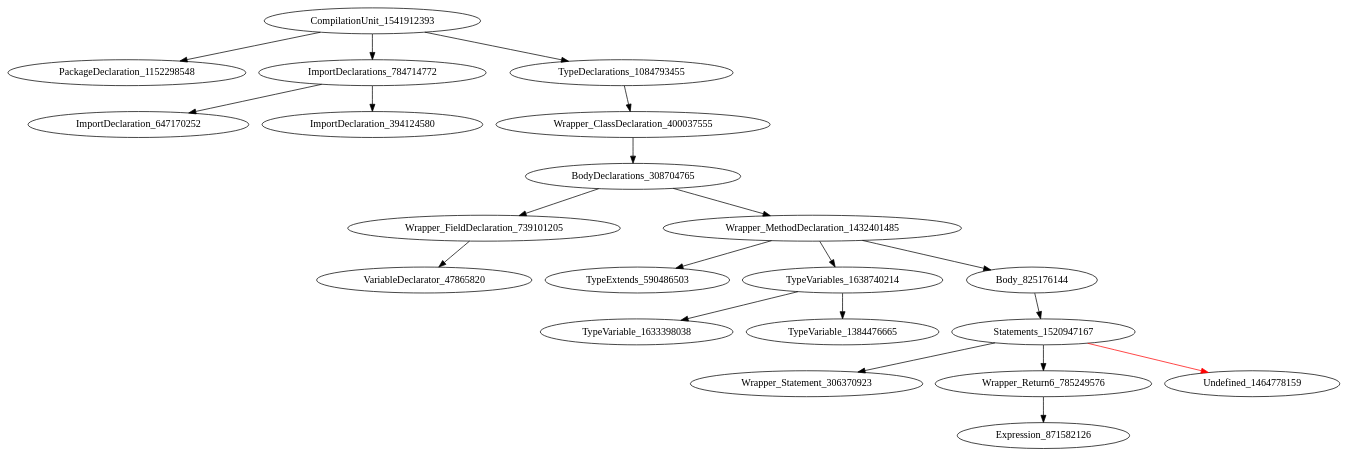
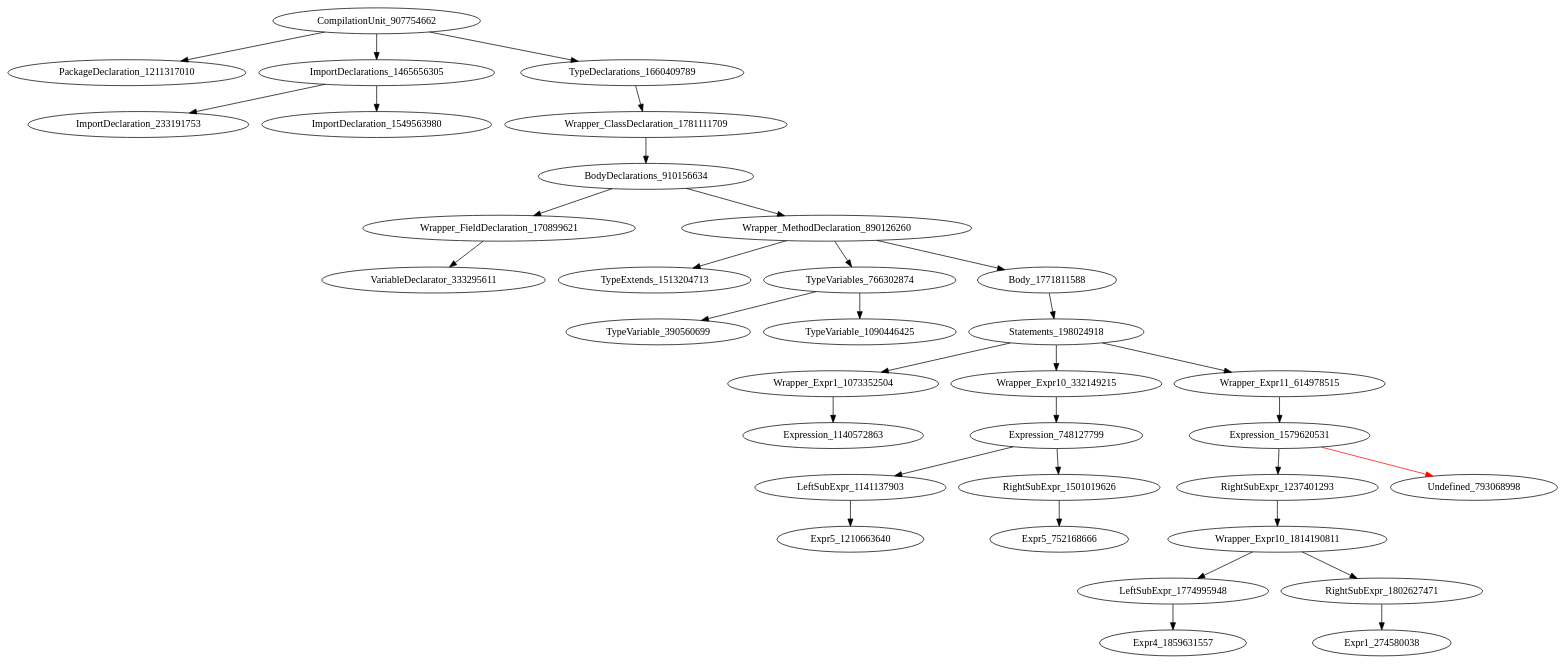
Before and after one commit to icse2023material/VoiceJava: the diagram in holeAST.dot, drawn with Graphviz. The commit also changed 8 other files, not shown here.

Commit message:
[add] generally finish all expression under statements

```diff
--- a/holeAST.dot
+++ b/holeAST.dot
@@ -1,22 +1,35 @@
 digraph {
-CompilationUnit_1541912393 -> PackageDeclaration_1152298548
-CompilationUnit_1541912393 -> ImportDeclarations_784714772
-CompilationUnit_1541912393 -> TypeDeclarations_1084793455
-ImportDeclarations_784714772 -> ImportDeclaration_647170252
-ImportDeclarations_784714772 -> ImportDeclaration_394124580
-TypeDeclarations_1084793455 -> Wrapper_ClassDeclaration_400037555
-Wrapper_ClassDeclaration_400037555 -> BodyDeclarations_308704765
-BodyDeclarations_308704765 -> Wrapper_FieldDeclaration_739101205
-BodyDeclarations_308704765 -> Wrapper_MethodDeclaration_1432401485
-Wrapper_FieldDeclaration_739101205 -> VariableDeclarator_47865820
-Wrapper_MethodDeclaration_1432401485 -> TypeExtends_590486503
-Wrapper_MethodDeclaration_1432401485 -> TypeVariables_1638740214
-Wrapper_MethodDeclaration_1432401485 -> Body_825176144
-TypeVariables_1638740214 -> TypeVariable_1633398038
-TypeVariables_1638740214 -> TypeVariable_1384476665
-Body_825176144 -> Statements_1520947167
-Statements_1520947167 -> Wrapper_Statement_306370923
-Statements_1520947167 -> Wrapper_Return6_785249576
-Statements_1520947167 -> Undefined_1464778159 [color = red] 
-Wrapper_Return6_785249576 -> Expression_871582126
+CompilationUnit_907754662 -> PackageDeclaration_1211317010
+CompilationUnit_907754662 -> ImportDeclarations_1465656305
+CompilationUnit_907754662 -> TypeDeclarations_1660409789
+ImportDeclarations_1465656305 -> ImportDeclaration_233191753
+ImportDeclarations_1465656305 -> ImportDeclaration_1549563980
+TypeDeclarations_1660409789 -> Wrapper_ClassDeclaration_1781111709
+Wrapper_ClassDeclaration_1781111709 -> BodyDeclarations_910156634
+BodyDeclarations_910156634 -> Wrapper_FieldDeclaration_170899621
+BodyDeclarations_910156634 -> Wrapper_MethodDeclaration_890126260
+Wrapper_FieldDeclaration_170899621 -> VariableDeclarator_333295611
+Wrapper_MethodDeclaration_890126260 -> TypeExtends_1513204713
+Wrapper_MethodDeclaration_890126260 -> TypeVariables_766302874
+Wrapper_MethodDeclaration_890126260 -> Body_1771811588
+TypeVariables_766302874 -> TypeVariable_390560699
+TypeVariables_766302874 -> TypeVariable_1090446425
+Body_1771811588 -> Statements_198024918
+Statements_198024918 -> Wrapper_Expr1_1073352504
+Statements_198024918 -> Wrapper_Expr10_332149215
+Statements_198024918 -> Wrapper_Expr11_614978515
+Wrapper_Expr1_1073352504 -> Expression_1140572863
+Wrapper_Expr10_332149215 -> Expression_748127799
+Wrapper_Expr11_614978515 -> Expression_1579620531
+Expression_748127799 -> LeftSubExpr_1141137903
+Expression_748127799 -> RightSubExpr_1501019626
+Expression_1579620531 -> RightSubExpr_1237401293
+Expression_1579620531 -> Undefined_793068998 [color = red] 
+LeftSubExpr_1141137903 -> Expr5_1210663640
+RightSubExpr_1501019626 -> Expr5_752168666
+RightSubExpr_1237401293 -> Wrapper_Expr10_1814190811
+Wrapper_Expr10_1814190811 -> LeftSubExpr_1774995948
+Wrapper_Expr10_1814190811 -> RightSubExpr_1802627471
+LeftSubExpr_1774995948 -> Expr4_1859631557
+RightSubExpr_1802627471 -> Expr1_274580038
 }
```
